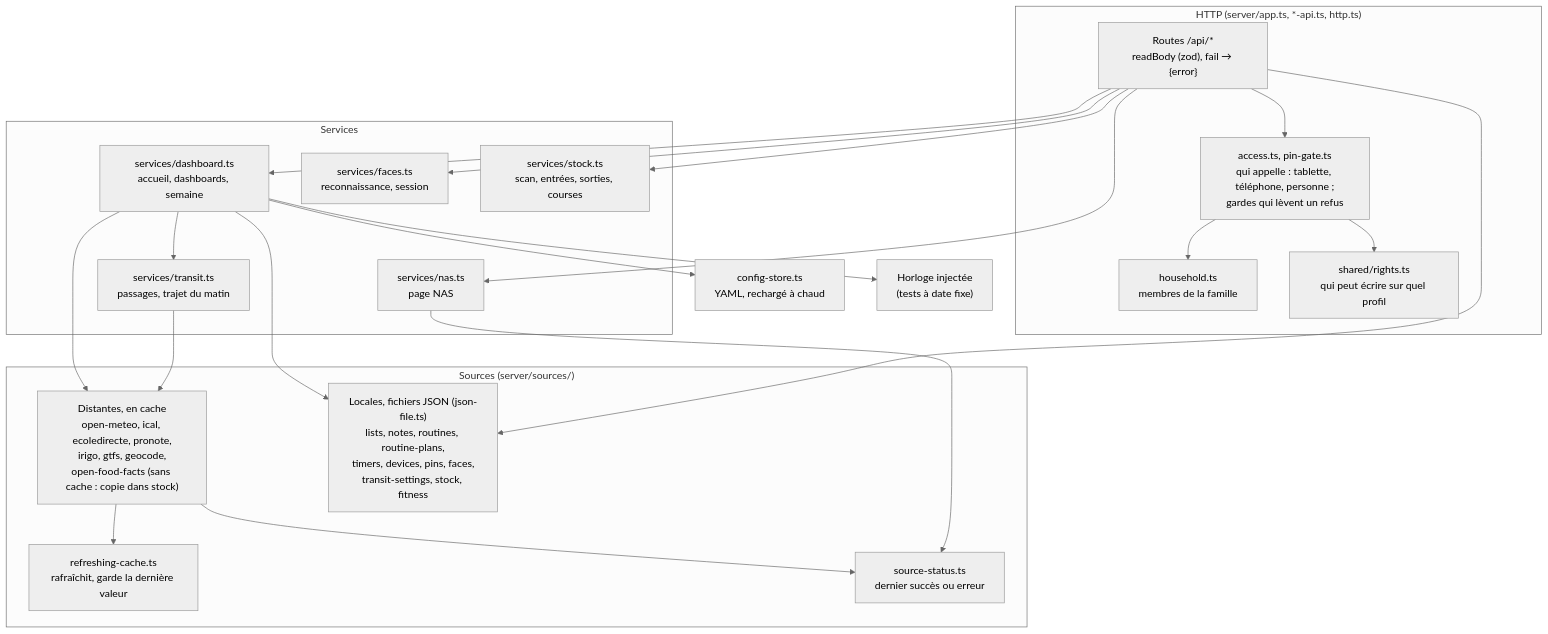
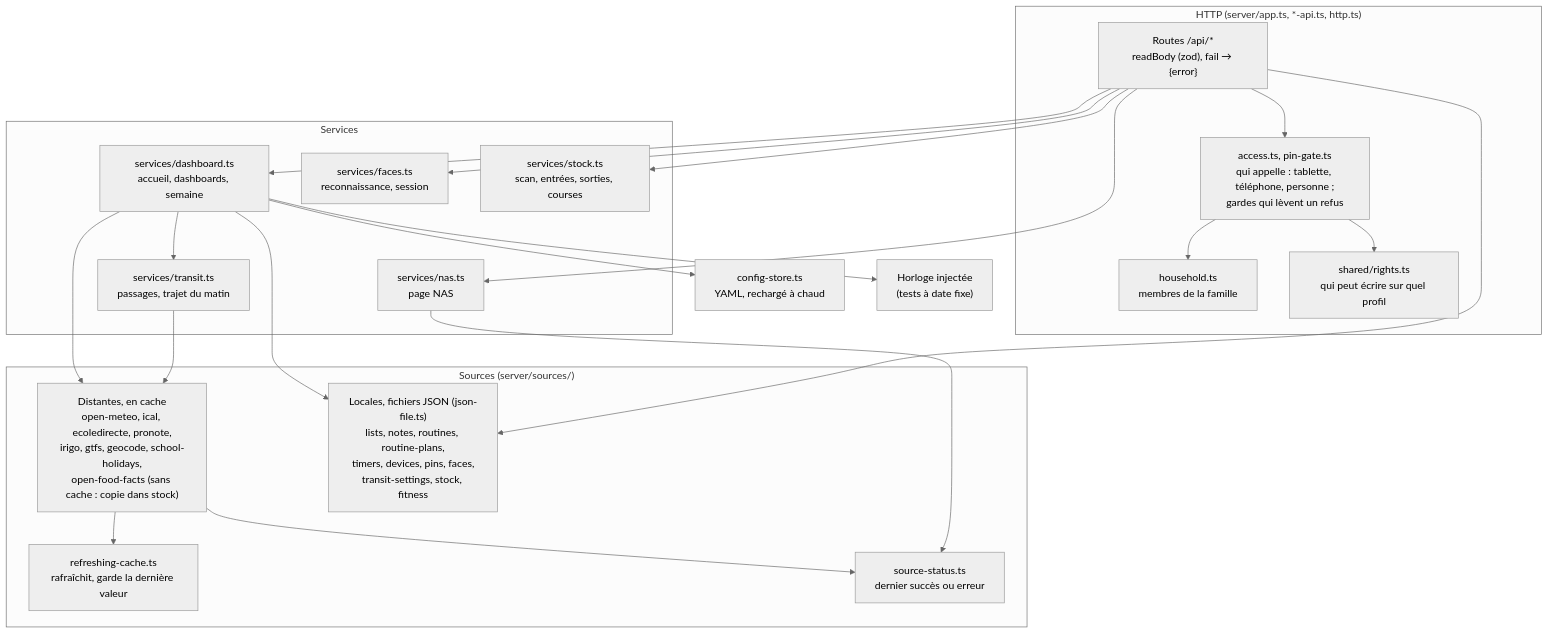
The second of 11 diagrams in docs/architecture.md (DeafLight/homehub), drawn with Mermaid (neutral theme) before and after one commit. The commit also changed other lines of this file and 33 other files, not shown here.

````diff
--- a/docs/architecture.md
+++ b/docs/architecture.md
@@ -54,36 +55,36 @@
 ```mermaid
 flowchart TB
   subgraph http["HTTP (server/app.ts, *-api.ts, http.ts)"]
     routes["Routes /api/*<br/>readBody (zod), fail → {error}"]
     access["access.ts, pin-gate.ts<br/>qui appelle : tablette, téléphone, personne ;<br/>gardes qui lèvent un refus"]
     household["household.ts<br/>membres de la famille"]
     rights["shared/rights.ts<br/>qui peut écrire sur quel profil"]
   end
   subgraph services["Services"]
     dash["services/dashboard.ts<br/>accueil, dashboards, semaine"]
     transitS["services/transit.ts<br/>passages, trajet du matin"]
     facesS["services/faces.ts<br/>reconnaissance, session"]
     stockS["services/stock.ts<br/>scan, entrées, sorties, courses"]
     nasS["services/nas.ts<br/>page NAS"]
   end
   subgraph sources["Sources (server/sources/)"]
-    distant["Distantes, en cache<br/>open-meteo, ical, ecoledirecte, pronote,<br/>irigo, gtfs, geocode,<br/>open-food-facts (sans cache : copie dans stock)"]
+    distant["Distantes, en cache<br/>open-meteo, ical, ecoledirecte, pronote,<br/>irigo, gtfs, geocode, school-holidays,<br/>open-food-facts (sans cache : copie dans stock)"]
     locales["Locales, fichiers JSON (json-file.ts)<br/>lists, notes, routines, routine-plans,<br/>timers, devices, pins, faces,<br/>transit-settings, stock, fitness"]
     cache["refreshing-cache.ts<br/>rafraîchit, garde la dernière valeur"]
     status["source-status.ts<br/>dernier succès ou erreur"]
   end
   config["config-store.ts<br/>YAML, rechargé à chaud"]
   horloge["Horloge injectée<br/>(tests à date fixe)"]
 
   routes --> access --> rights
   access --> household
   routes --> dash & nasS & facesS & stockS
   dash --> transitS --> distant
   routes --> locales
   dash --> distant & locales
   nasS --> status
   distant --> cache
   distant --> status
   dash --> config
   dash --> horloge
 ```
````
